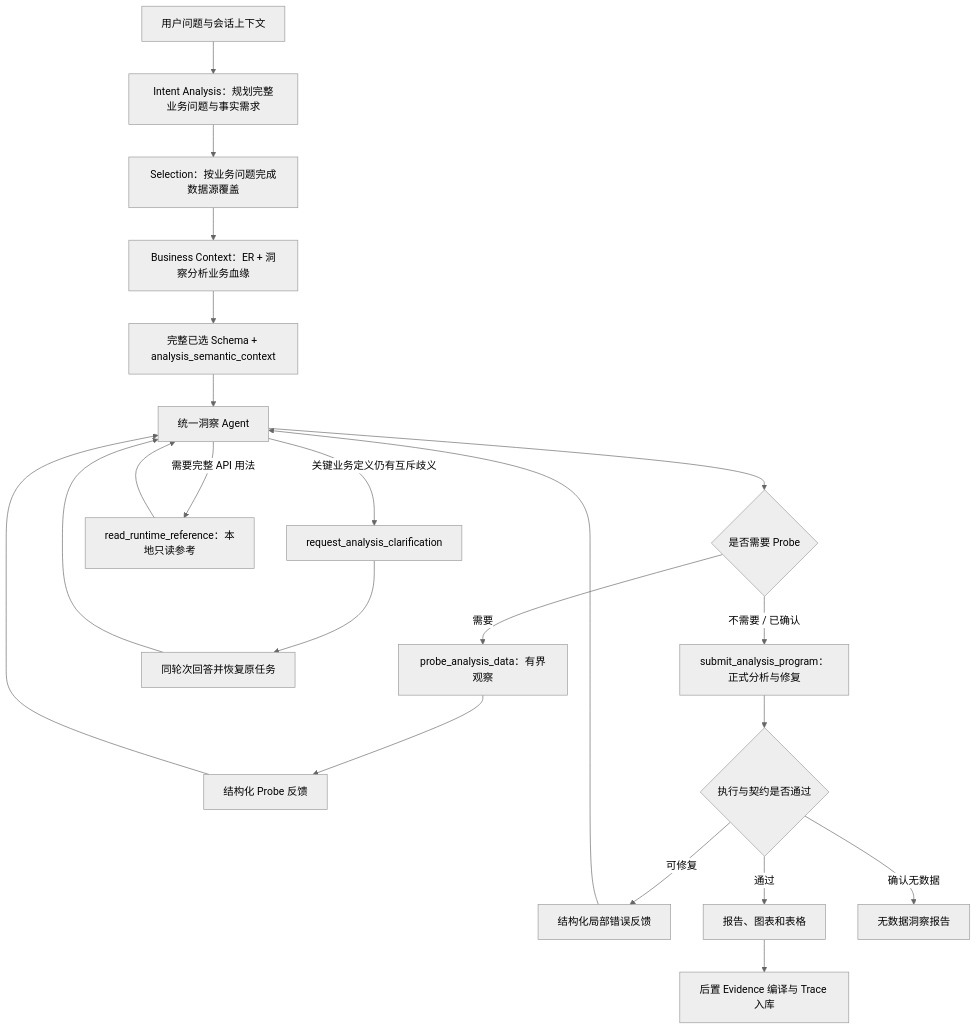
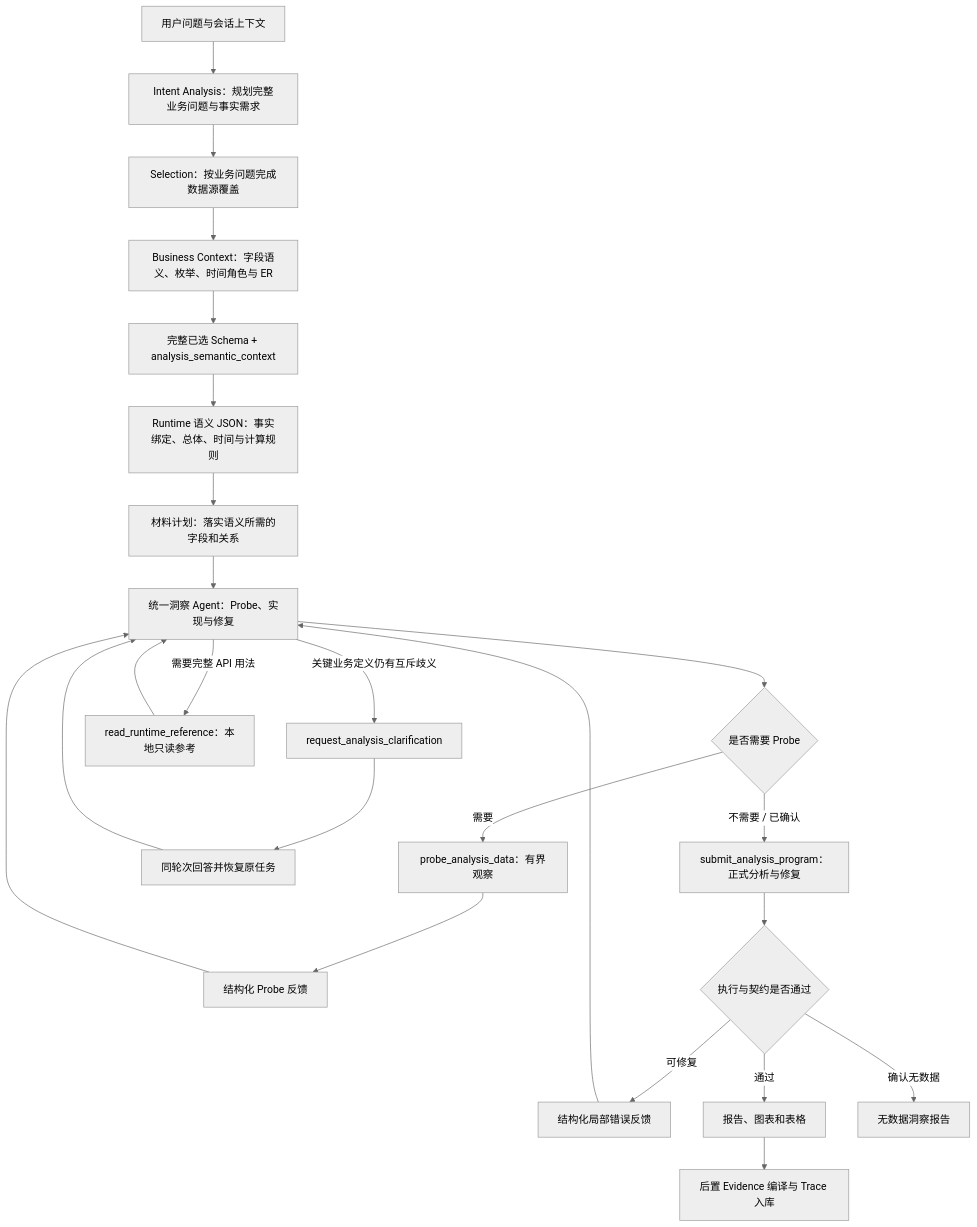
One commit to wszlesile/DataInsight changed the diagram in docs/unified-analysis-architecture-v2.md. Above: the diagram before and after it, drawn with Mermaid (neutral theme). The commit also changed other lines of this file and 98 other files, not shown here.

````diff
--- a/docs/unified-analysis-architecture-v2.md
+++ b/docs/unified-analysis-architecture-v2.md
@@ -218,24 +338,26 @@
 ```mermaid
 flowchart TD
     A["用户问题与会话上下文"] --> B["Intent Analysis：规划完整业务问题与事实需求"]
     B --> C["Selection：按业务问题完成数据源覆盖"]
-    C --> D["Business Context：ER + 洞察分析业务血缘"]
+    C --> D["Business Context：字段语义、枚举、时间角色与 ER"]
     D --> E0["完整已选 Schema + analysis_semantic_context"]
-    E0 --> E["统一洞察 Agent"]
+    E0 --> S["Runtime 语义 JSON：事实绑定、总体、时间与计算规则"]
+    S --> P["材料计划：落实语义所需的字段和关系"]
+    P --> E["统一洞察 Agent：Probe、实现与修复"]
     E --> F{"是否需要 Probe"}
     F -- "需要" --> G["probe_analysis_data：有界观察"]
     G --> H["结构化 Probe 反馈"]
     H --> E
     E -- "关键业务定义仍有互斥歧义" --> C1["request_analysis_clarification"]
     C1 --> C2["同轮次回答并恢复原任务"]
     C2 --> E
     E -- "需要完整 API 用法" --> R["read_runtime_reference：本地只读参考"]
     R --> E
     F -- "不需要 / 已确认" --> I["submit_analysis_program：正式分析与修复"]
     I --> J{"执行与契约是否通过"}
     J -- "可修复" --> K["结构化局部错误反馈"]
     K --> E
     J -- "通过" --> L["报告、图表和表格"]
     L --> N["后置 Evidence 编译与 Trace 入库"]
     J -- "确认无数据" --> M["无数据洞察报告"]
 ```
````
